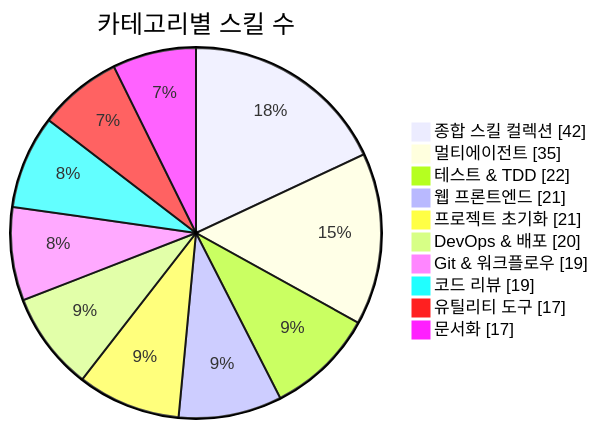
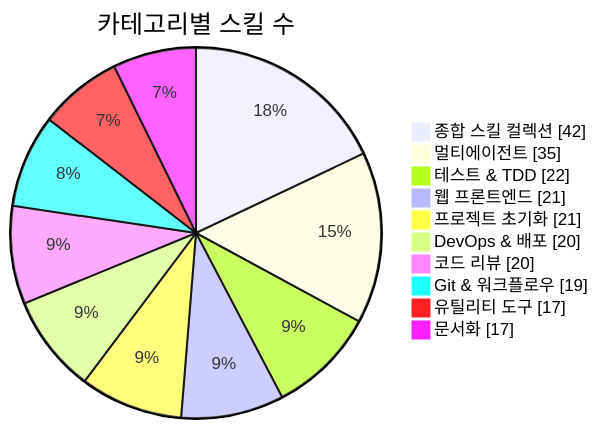
The first of 3 diagrams in README.md (J-nowcow/awesome-korean-agent-skills), drawn with Mermaid before and after one commit. The commit also changed other lines of this file and 4 other files, not shown here.

````diff
--- a/README.md
+++ b/README.md
@@ -176,14 +176,14 @@
 ```mermaid
 pie showData
     title 카테고리별 스킬 수
     "종합 스킬 컬렉션" : 42
     "멀티에이전트" : 35
     "테스트 & TDD" : 22
     "웹 프론트엔드" : 21
     "프로젝트 초기화" : 21
     "DevOps & 배포" : 20
+    "코드 리뷰" : 20
     "Git & 워크플로우" : 19
-    "코드 리뷰" : 19
     "유틸리티 도구" : 17
     "문서화" : 17
 ```
````
